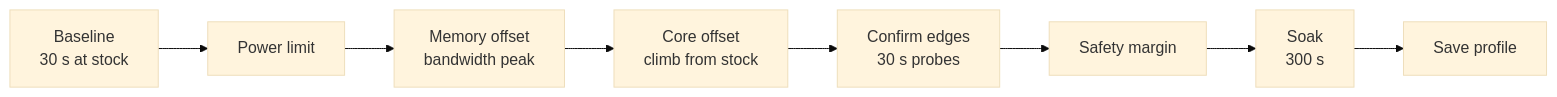
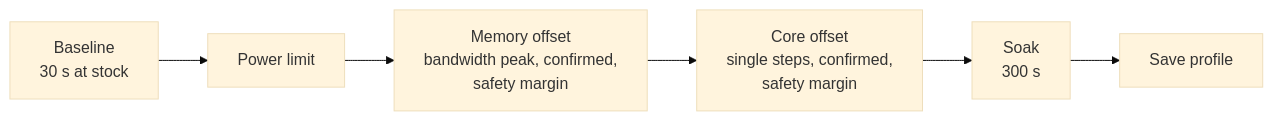
The diagram in README.md (Rovey/gpu-auto-optimizer), drawn with Mermaid (base theme) before and after one commit. The commit also changed other lines of this file and 3 other files, not shown here.

````diff
--- a/README.md
+++ b/README.md
@@ -70,10 +70,8 @@
 ```mermaid
 flowchart LR
     A[Baseline<br/>30 s at stock] --> B[Power limit]
-    B --> C[Memory offset<br/>bandwidth peak]
-    C --> D[Core offset<br/>climb from stock]
-    D --> E[Confirm edges<br/>30 s probes]
-    E --> F[Safety margin]
-    F --> G[Soak<br/>300 s]
+    B --> C[Memory offset<br/>bandwidth peak, confirmed,<br/>safety margin]
+    C --> D[Core offset<br/>single steps, confirmed,<br/>safety margin]
+    D --> G[Soak<br/>300 s]
     G --> H[Save profile]
 ```
````
